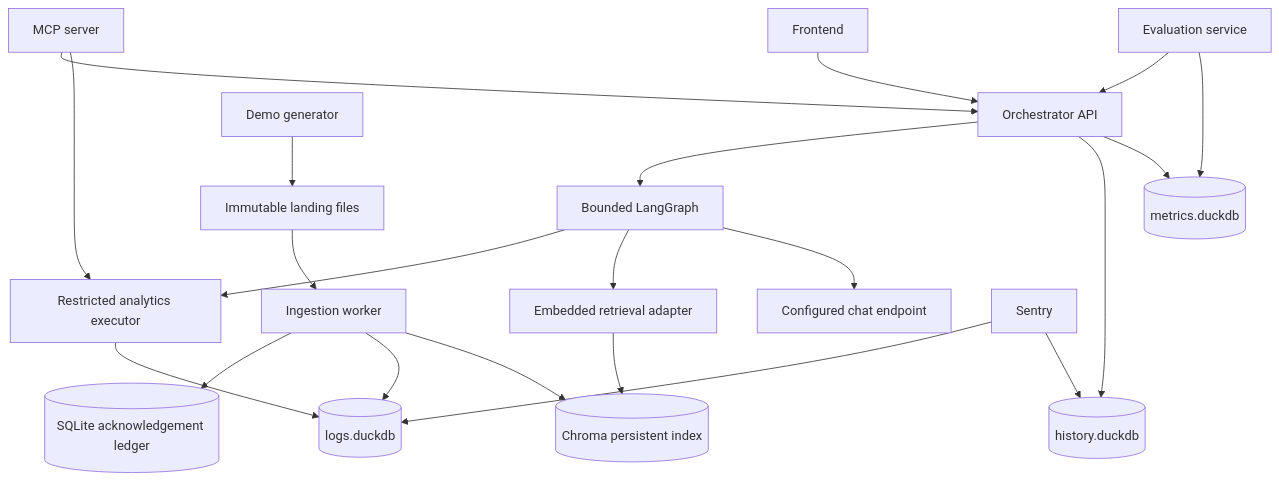
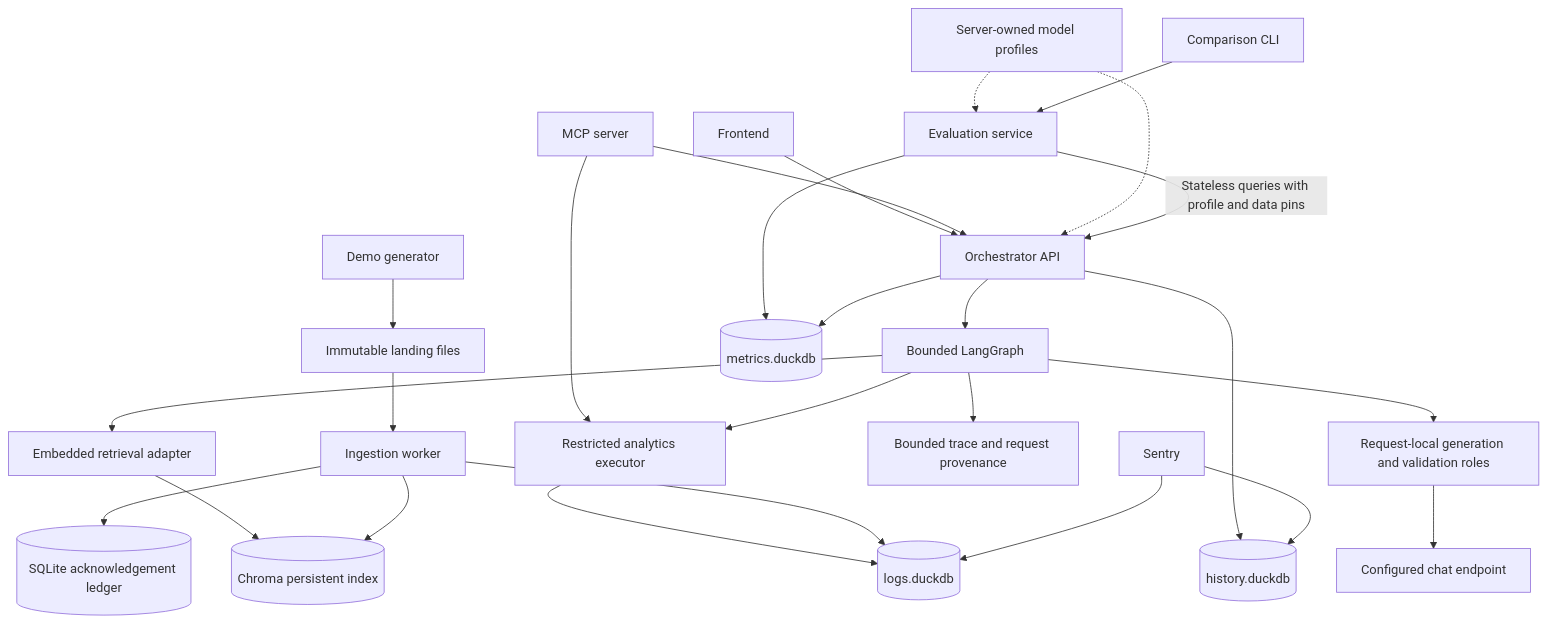
The first of 4 diagrams in docs/architecture.md (Jim-lan/log-pilot), drawn with Mermaid before and after one commit. The commit also changed other lines of this file and 1 other file, not shown here.

Commit message:
docs: refresh architecture for controlled model evaluation

````diff
--- a/docs/architecture.md
+++ b/docs/architecture.md
@@ -20,23 +22,28 @@
 ```mermaid
 flowchart TD
     UI[Frontend] --> API[Orchestrator API]
     MCP[MCP server] --> API
     MCP --> SQL[Restricted analytics executor]
     API --> G[Bounded LangGraph]
     G --> SQL
     SQL --> LOG[(logs.duckdb)]
     G --> KB[Embedded retrieval adapter]
     KB --> V[(Chroma persistent index)]
-    G --> LLM[Configured chat endpoint]
+    C[Server-owned model profiles] -.-> API
+    C -.-> E
+    G --> P[Request-local generation and validation roles]
+    P --> LLM[Configured chat endpoint]
+    G --> T[Bounded trace and request provenance]
     API --> H[(history.duckdb)]
     GEN[Demo generator] --> F[Immutable landing files]
     F --> W[Ingestion worker]
     W --> LED[(SQLite acknowledgement ledger)]
     W --> LOG
     W --> V
     S[Sentry] --> LOG
     S --> H
-    E[Evaluation service] --> API
+    CLI[Comparison CLI] --> E[Evaluation service]
+    E -->|Stateless queries with profile and data pins| API
     E --> MET[(metrics.duckdb)]
     API --> MET
 ```
````
